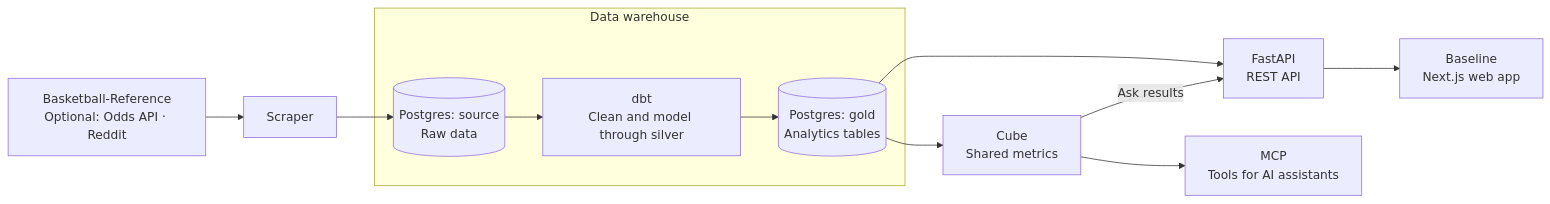
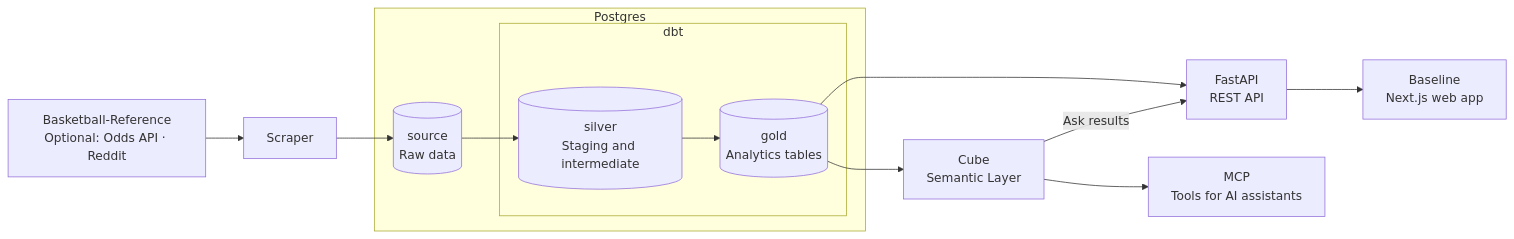
The diagram in README.md (jyablonski/nba), drawn with Mermaid before and after one commit. The commit also changed 113 other files, not shown here.

````diff
--- a/README.md
+++ b/README.md
@@ -11,16 +11,23 @@
 ```mermaid
 flowchart LR
   Sources["Basketball-Reference<br/>Optional: Odds API · Reddit"] --> Scraper["Scraper"]
 
-  subgraph Warehouse["Data warehouse"]
-    Source[("Postgres: source<br/>Raw data")] --> dbt["dbt<br/>Clean and model through silver"]
-    dbt --> Analytics[("Postgres: gold<br/>Analytics tables")]
+  subgraph Postgres["Postgres"]
+    Source[("source<br/>Raw data")]
+
+    subgraph dbt["dbt"]
+      Silver[("silver<br/>Staging and intermediate")]
+      Gold[("gold<br/>Analytics tables")]
+    end
+
+    Source --> Silver
+    Silver --> Gold
   end
 
   Scraper --> Source
-  Analytics --> API["FastAPI<br/>REST API"]
+  Gold --> API["FastAPI<br/>REST API"]
   API --> Frontend["Baseline<br/>Next.js web app"]
-  Analytics --> Cube["Cube<br/>Shared metrics"]
+  Gold --> Cube["Cube<br/>Semantic Layer"]
   Cube -->|Ask results| API
   Cube --> MCP["MCP<br/>Tools for AI assistants"]
 ```
````
